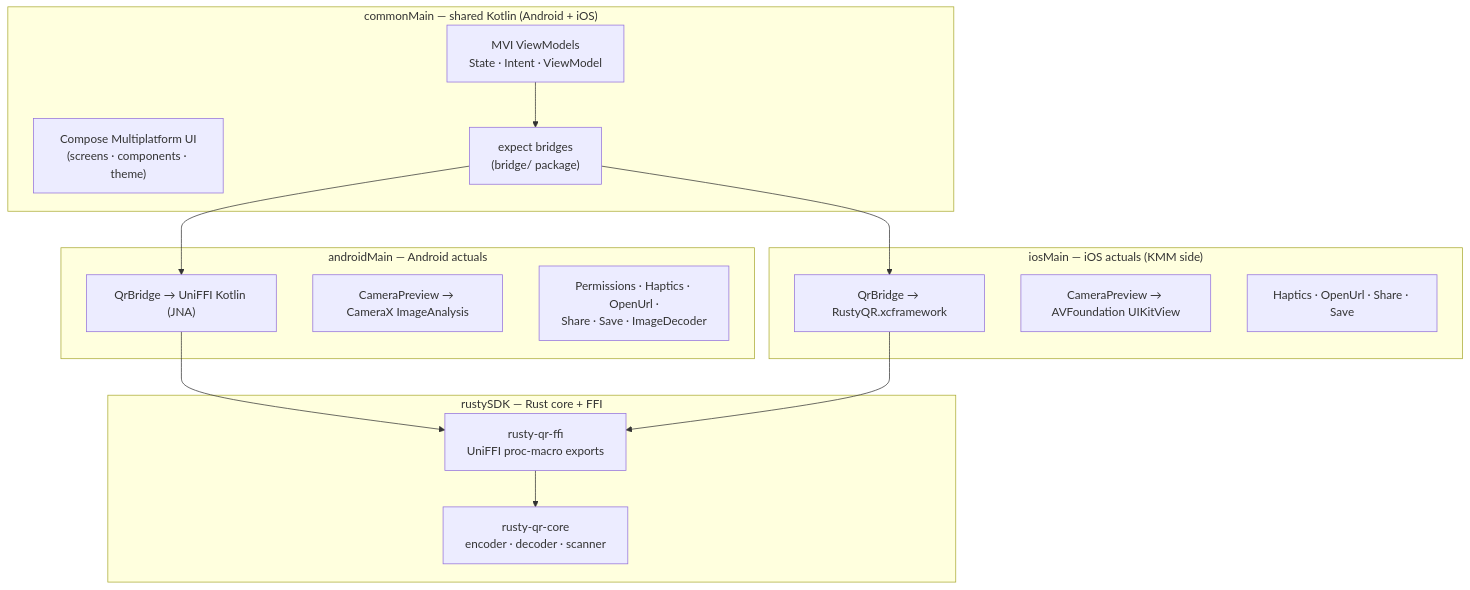
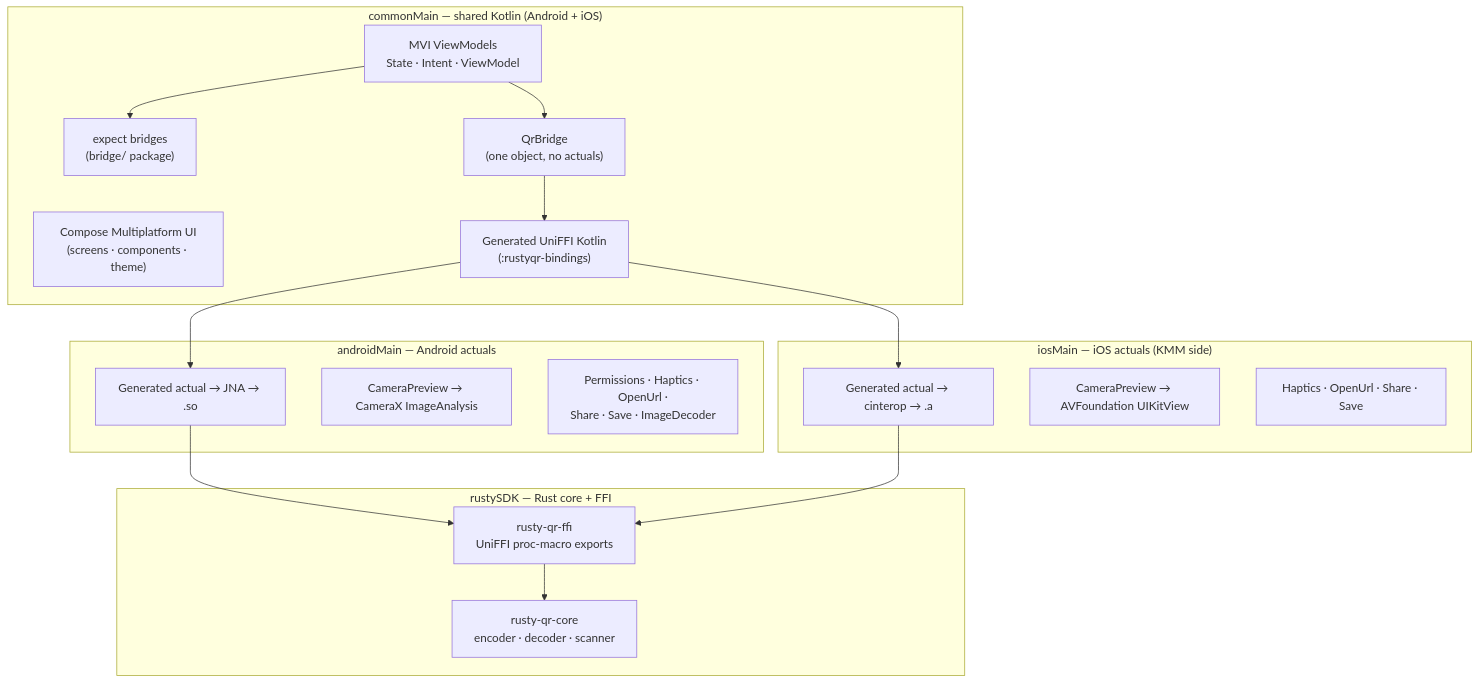
The first of 3 diagrams in README.md (prasannajeet/RustyQR), drawn with Mermaid before and after one commit. The commit also changed other lines of this file and 6 other files, not shown here.

````diff
--- a/README.md
+++ b/README.md
@@ -212,32 +226,36 @@
 ```mermaid
 graph TB
     subgraph "commonMain — shared Kotlin (Android + iOS)"
         UI["Compose Multiplatform UI<br/>(screens · components · theme)"]
         MVI["MVI ViewModels<br/>State · Intent · ViewModel"]
         BRIDGE_EXP["expect bridges<br/>(bridge/ package)"]
+        QRB["QrBridge<br/>(one object, no actuals)"]
+        BIND["Generated UniFFI Kotlin<br/>(:rustyqr-bindings)"]
     end
 
     subgraph "androidMain — Android actuals"
-        BRIDGE_AND["QrBridge → UniFFI Kotlin (JNA)"]
+        BRIDGE_AND["Generated actual → JNA → .so"]
         CAM_AND["CameraPreview → CameraX ImageAnalysis"]
         MISC_AND["Permissions · Haptics · OpenUrl ·<br/>Share · Save · ImageDecoder"]
     end
 
     subgraph "iosMain — iOS actuals (KMM side)"
-        BRIDGE_IOS["QrBridge → RustyQR.xcframework"]
+        BRIDGE_IOS["Generated actual → cinterop → .a"]
         CAM_IOS["CameraPreview → AVFoundation UIKitView"]
         MISC_IOS["Haptics · OpenUrl · Share · Save"]
     end
 
     subgraph "rustySDK — Rust core + FFI"
         FFI["rusty-qr-ffi<br/>UniFFI proc-macro exports"]
         CORE["rusty-qr-core<br/>encoder · decoder · scanner"]
     end
 
-    MVI --> BRIDGE_EXP
-    BRIDGE_EXP --> BRIDGE_AND
-    BRIDGE_EXP --> BRIDGE_IOS
+    MVI --> QRB
+    QRB --> BIND
+    BIND --> BRIDGE_AND
+    BIND --> BRIDGE_IOS
     BRIDGE_AND --> FFI
     BRIDGE_IOS --> FFI
     FFI --> CORE
+    MVI --> BRIDGE_EXP
 ```
````
